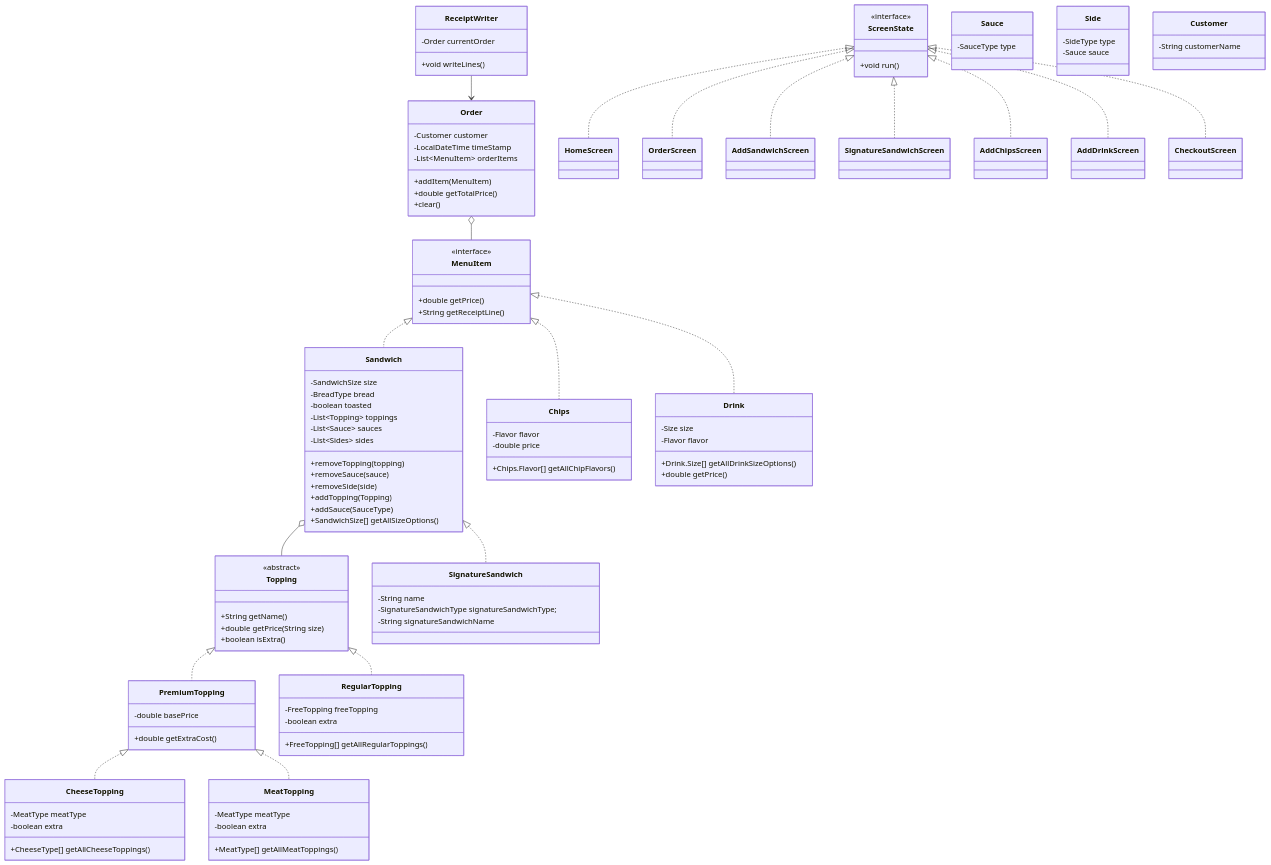
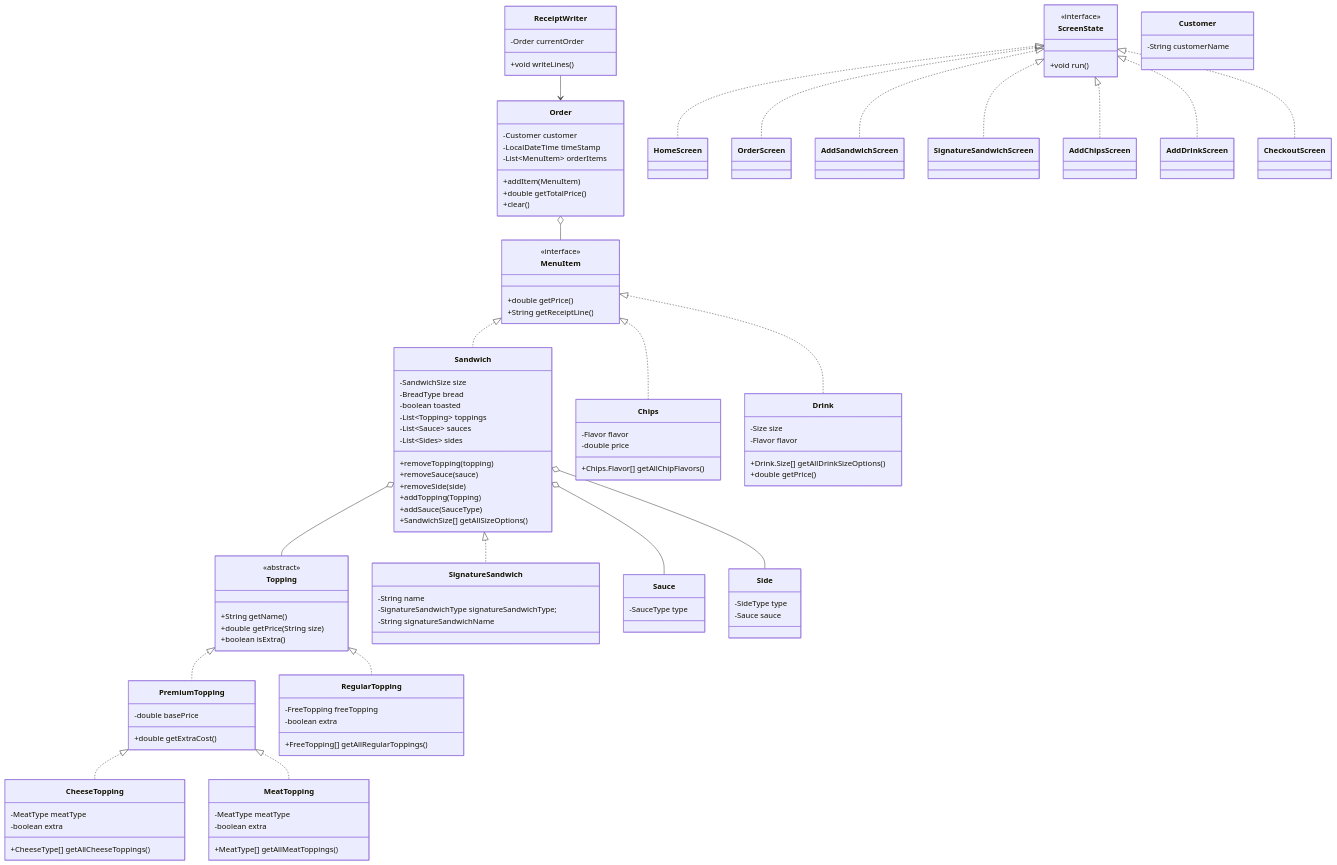
Before and after one commit to annaharbour/deli-cious: the diagram in README.md, drawn with Mermaid.

Commit message:
Update README.md
sauce and side

```diff
--- a/README.md
+++ b/README.md
@@ -128,6 +128,9 @@
 
     Sandwich <|.. SignatureSandwich
     Sandwich o-- Topping
+    Sandwich o-- Sauce
+    Sandwich o-- Side
+
     Order o-- MenuItem
 
     ScreenState <|.. HomeScreen
```
